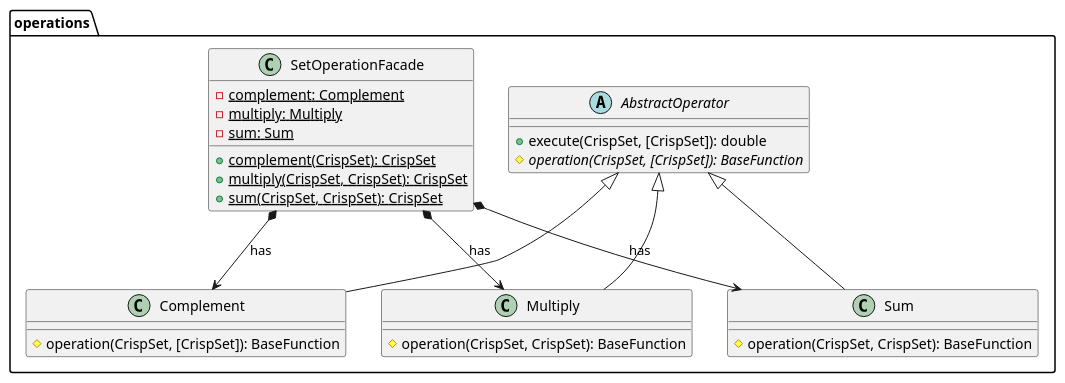
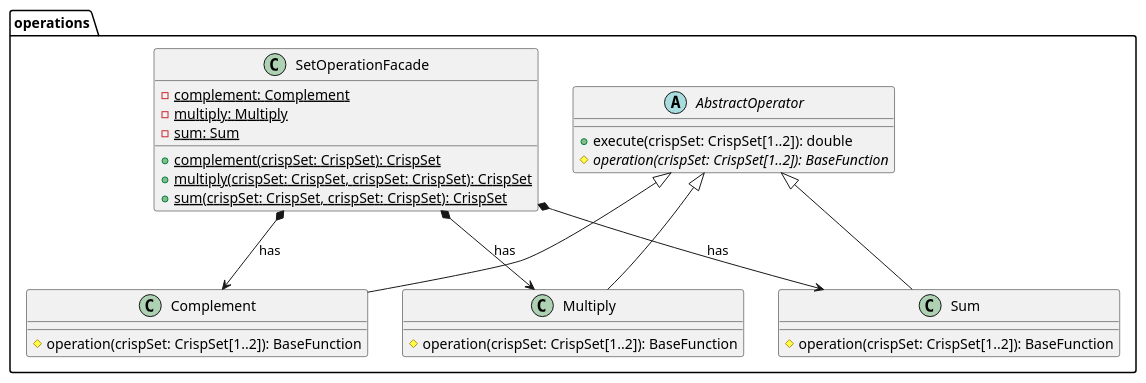
Before and after one commit to kambed/Computer-Recognition-Systems: the fifth of 6 diagrams in task2/README.md, drawn with PlantUML. The commit also changed other lines of this file, not shown here.

````diff
--- a/task2/README.md
+++ b/task2/README.md
@@ -144,29 +144,29 @@
 ```plantuml
 package operations {
     abstract class AbstractOperator {
-        + execute(CrispSet, [CrispSet]): double
-        # {abstract} operation(CrispSet, [CrispSet]): BaseFunction
+        + execute(crispSet: CrispSet[1..2]): double
+        # {abstract} operation(crispSet: CrispSet[1..2]): BaseFunction
     }
     class Complement extends AbstractOperator {
-        # operation(CrispSet, [CrispSet]): BaseFunction
+        # operation(crispSet: CrispSet[1..2]): BaseFunction
     }
     class Multiply extends AbstractOperator {
-        # operation(CrispSet, CrispSet): BaseFunction
+        # operation(crispSet: CrispSet[1..2]): BaseFunction
     }
     class Sum extends AbstractOperator {
-        # operation(CrispSet, CrispSet): BaseFunction
+        # operation(crispSet: CrispSet[1..2]): BaseFunction
     }
     
     class SetOperationFacade {
         - {static} complement: Complement
         - {static} multiply: Multiply
         - {static} sum: Sum
-        + {static} complement(CrispSet): CrispSet
-        + {static} multiply(CrispSet, CrispSet): CrispSet
-        + {static} sum(CrispSet, CrispSet): CrispSet
+        + {static} complement(crispSet: CrispSet): CrispSet
+        + {static} multiply(crispSet: CrispSet, crispSet: CrispSet): CrispSet
+        + {static} sum(crispSet: CrispSet, crispSet: CrispSet): CrispSet
     }
     SetOperationFacade *--> Complement: has
     SetOperationFacade *--> Multiply: has
     SetOperationFacade *--> Sum: has
 }
 ```
````
